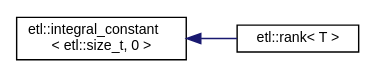
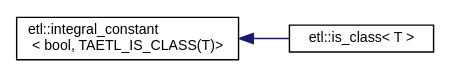
The diagram in inherit_graph_34.dot (tobanteAudio/taetl), drawn with Graphviz before and after one commit. The commit also changed 263 other files, not shown here.

```diff
--- a/inherit_graph_34.dot
+++ b/inherit_graph_34.dot
@@ -1,9 +1,9 @@
 digraph "Graphical Class Hierarchy"
 {
   edge [fontname="Helvetica",fontsize="10",labelfontname="Helvetica",labelfontsize="10"];
   node [fontname="Helvetica",fontsize="10",shape=record];
   rankdir="LR";
-  Node0 [label="etl::integral_constant\l\< etl::size_t, 0 \>",height=0.2,width=0.4,color="black", fillcolor="white", style="filled",URL="$structetl_1_1integral__constant.html"];
+  Node0 [label="etl::integral_constant\l\< bool, TAETL_IS_CLASS(T)\>",height=0.2,width=0.4,color="black", fillcolor="white", style="filled",URL="$structetl_1_1integral__constant.html"];
   Node0 -> Node1 [dir="back",color="midnightblue",fontsize="10",style="solid",fontname="Helvetica"];
-  Node1 [label="etl::rank\< T \>",height=0.2,width=0.4,color="black", fillcolor="white", style="filled",URL="$structetl_1_1rank.html",tooltip="If Type is an array type, provides the member constant value equal to the number of dimensions of the..."];
+  Node1 [label="etl::is_class\< T \>",height=0.2,width=0.4,color="black", fillcolor="white", style="filled",URL="$structetl_1_1is__class.html"];
 }
```
